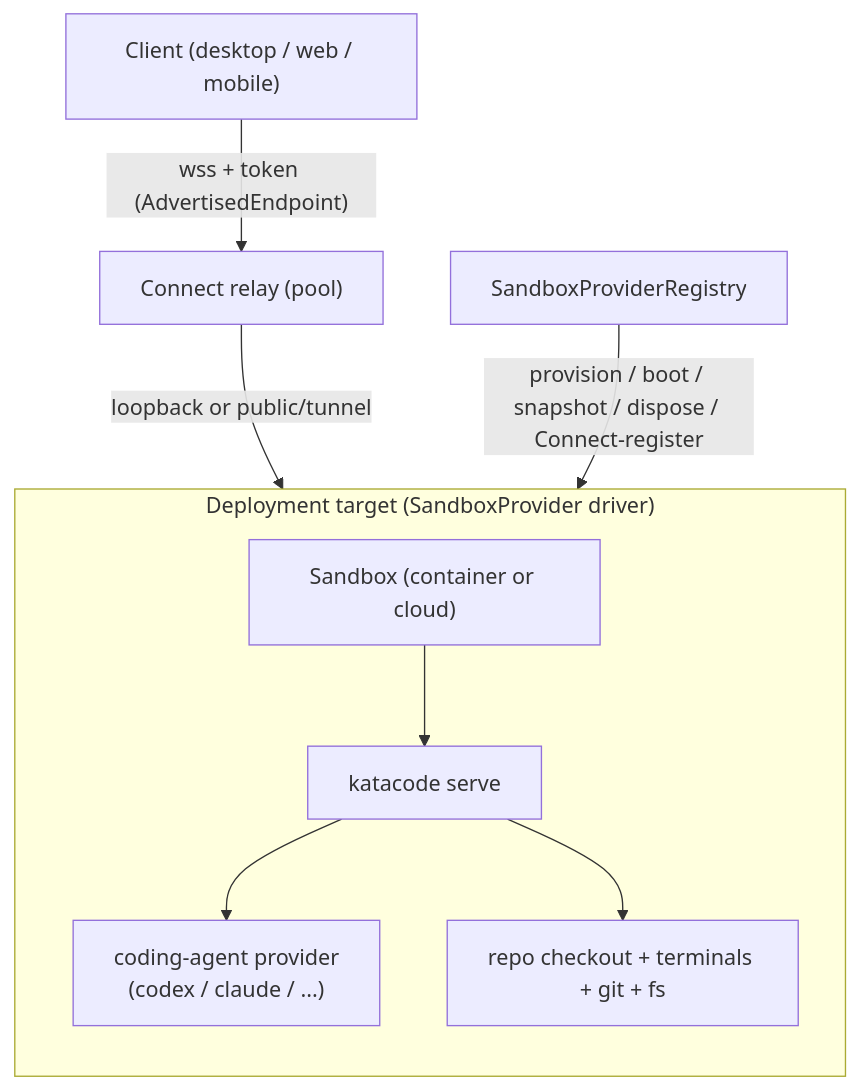
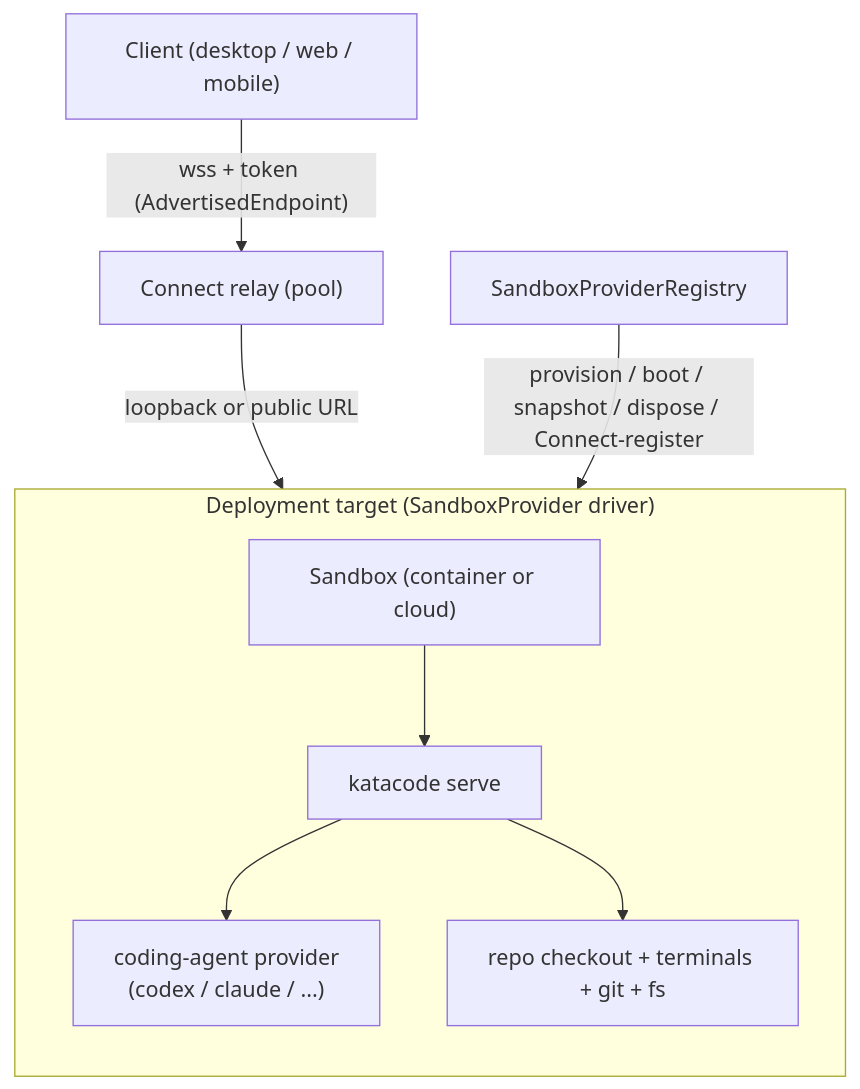
Before and after one commit to gannonh/kata-code: the diagram in docs/specs/2026-06-27-kata-environments-deployments-design.md, drawn with Mermaid. The commit also changed other lines of this file and 6 other files, not shown here.

````diff
--- a/docs/specs/2026-06-27-kata-environments-deployments-design.md
+++ b/docs/specs/2026-06-27-kata-environments-deployments-design.md
@@ -154,17 +155,17 @@
 ```mermaid
 flowchart TB
   Client["Client (desktop / web / mobile)"]
   subgraph Deploy["Deployment target (SandboxProvider driver)"]
     direction TB
     Box["Sandbox (container or cloud)"]
     Serve["katacode serve"]
     Prov["coding-agent provider\n(codex / claude / ...)"]
     Repo["repo checkout + terminals + git + fs"]
     Box --> Serve --> Prov
     Serve --> Repo
   end
   Relay["Connect relay (pool)"]
   Client -- "wss + token (AdvertisedEndpoint)" --> Relay
-  Relay -- "loopback or public/tunnel" --> Serve
+  Relay -- "loopback or public URL" --> Serve
   Reg["SandboxProviderRegistry"] -- "provision / boot / snapshot / dispose / Connect-register" --> Box
 ```
````
